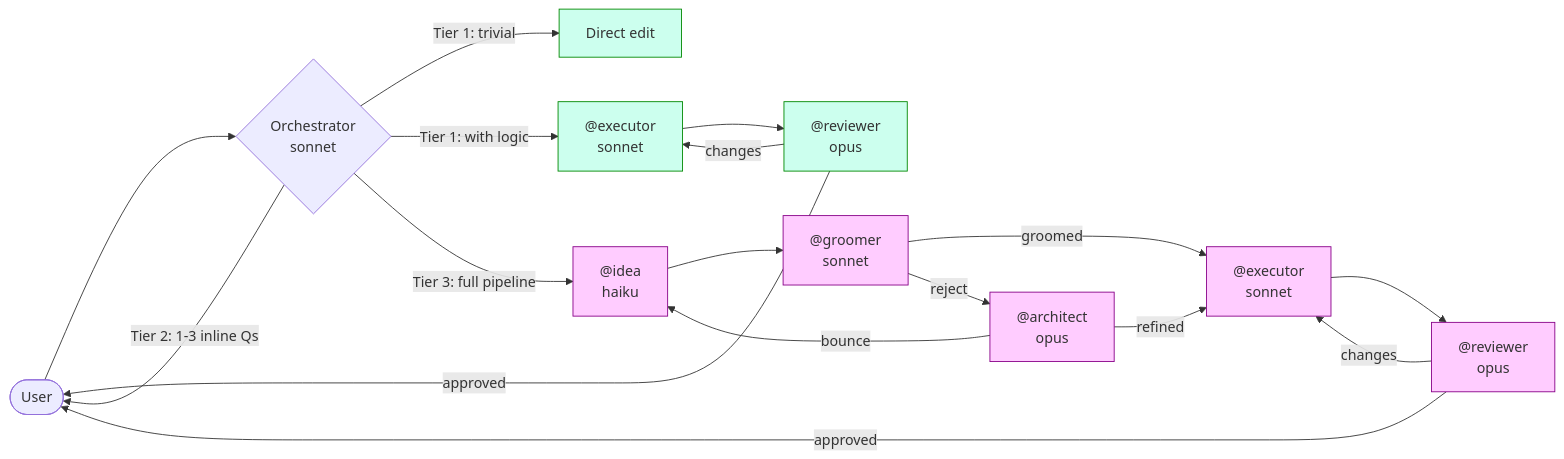
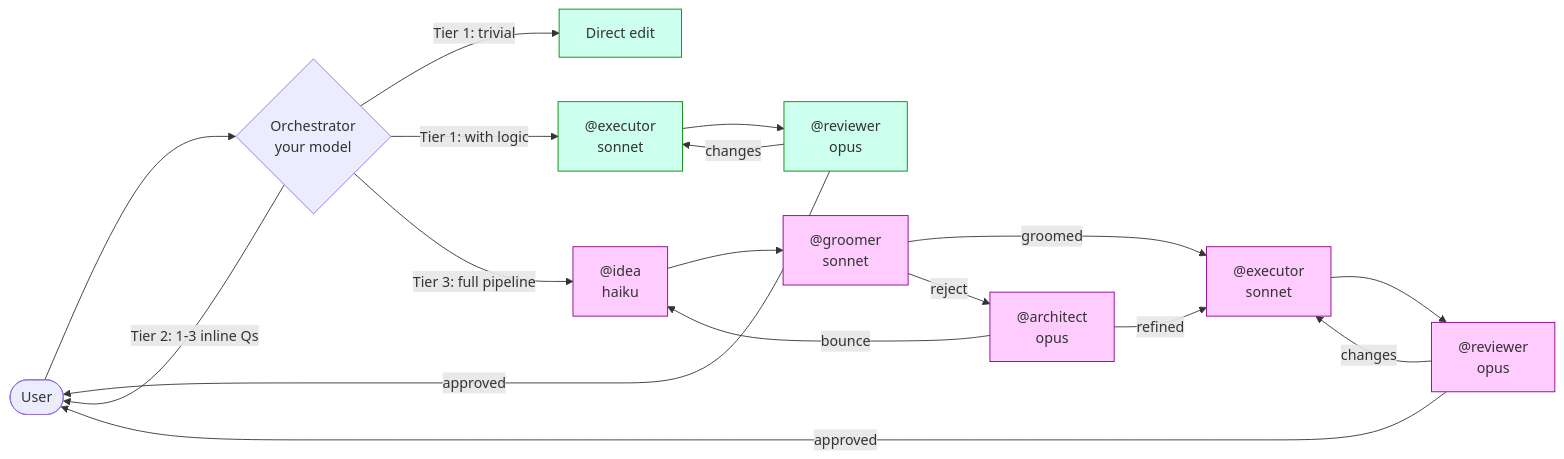
The diagram in README.md (suchakra/claude-workflow.md), drawn with Mermaid before and after one commit. The commit also changed 2 other files, not shown here.

Commit message:
Be honest about orchestrator model: it's the user's choice, not fixed
Replace all pinned "sonnet" / "opus" labels on the orchestrator with
"your model" in diagrams and the §8 table. Add a note that
higher-capability models classify ambiguous requests more reliably.

The orchestrator is whatever Claude Code session model the user has
set via /model — the pipeline has no opinion about it.

````diff
--- a/README.md
+++ b/README.md
@@ -13,24 +13,24 @@
 ```mermaid
 flowchart LR
-    U([User]) --> O{Orchestrator<br/>sonnet}
+    U([User]) --> O{Orchestrator<br/>your model}
     O -- Tier 1: trivial --> A1[Direct edit]
     O -- Tier 1: with logic --> EX1["@executor<br/>sonnet"]
     O -- Tier 2: 1-3 inline Qs --> U
     O -- Tier 3: full pipeline --> ID["@idea<br/>haiku"]
     ID --> GR["@groomer<br/>sonnet"]
     GR -- groomed --> EX2["@executor<br/>sonnet"]
     GR -- reject --> AR["@architect<br/>opus"]
     AR -- refined --> EX2
     AR -- bounce --> ID
     EX1 --> RV1["@reviewer<br/>opus"]
     EX2 --> RV2["@reviewer<br/>opus"]
     RV1 -- approved --> U
     RV2 -- approved --> U
     RV1 -- changes --> EX1
     RV2 -- changes --> EX2
 
     classDef tier1 fill:#cfe,stroke:#080;
     classDef tier3 fill:#fcf,stroke:#808;
     class A1,EX1,RV1 tier1;
     class ID,GR,AR,EX2,RV2 tier3;
 ```
````
